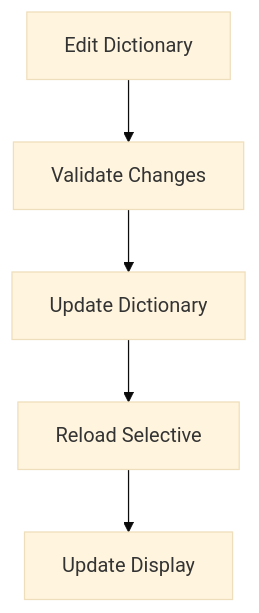
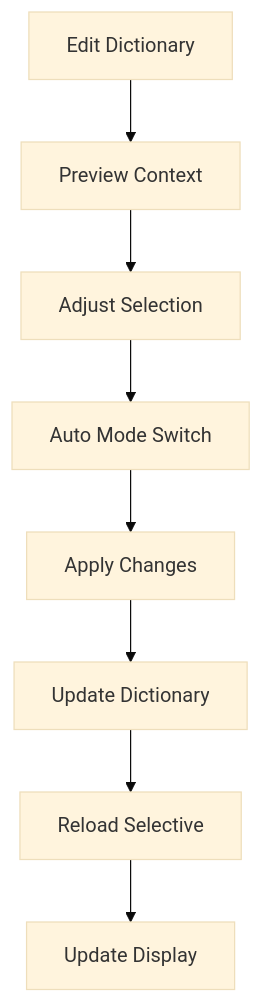
One commit to SmashPhoenix272/ZXReader changed the diagram in memory-bank/productContext.md. Above: the diagram before and after it, drawn with Mermaid (base theme). The commit also changed other lines of this file and 5 other files, not shown here.

````diff
--- a/memory-bank/productContext.md
+++ b/memory-bank/productContext.md
@@ -106,7 +21,10 @@
 ```mermaid
 flowchart TD
-    A[Edit Dictionary] --> B[Validate Changes]
-    B --> C[Update Dictionary]
-    C --> D[Reload Selective]
-    D --> E[Update Display]
+    A[Edit Dictionary] --> B[Preview Context]
+    B --> C[Adjust Selection]
+    C --> D[Auto Mode Switch]
+    D --> E[Apply Changes]
+    E --> F[Update Dictionary]
+    F --> G[Reload Selective]
+    G --> H[Update Display]
 ```
````
